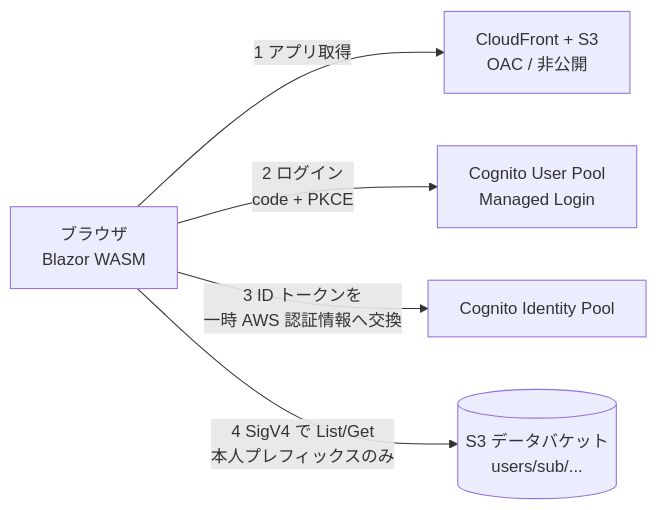
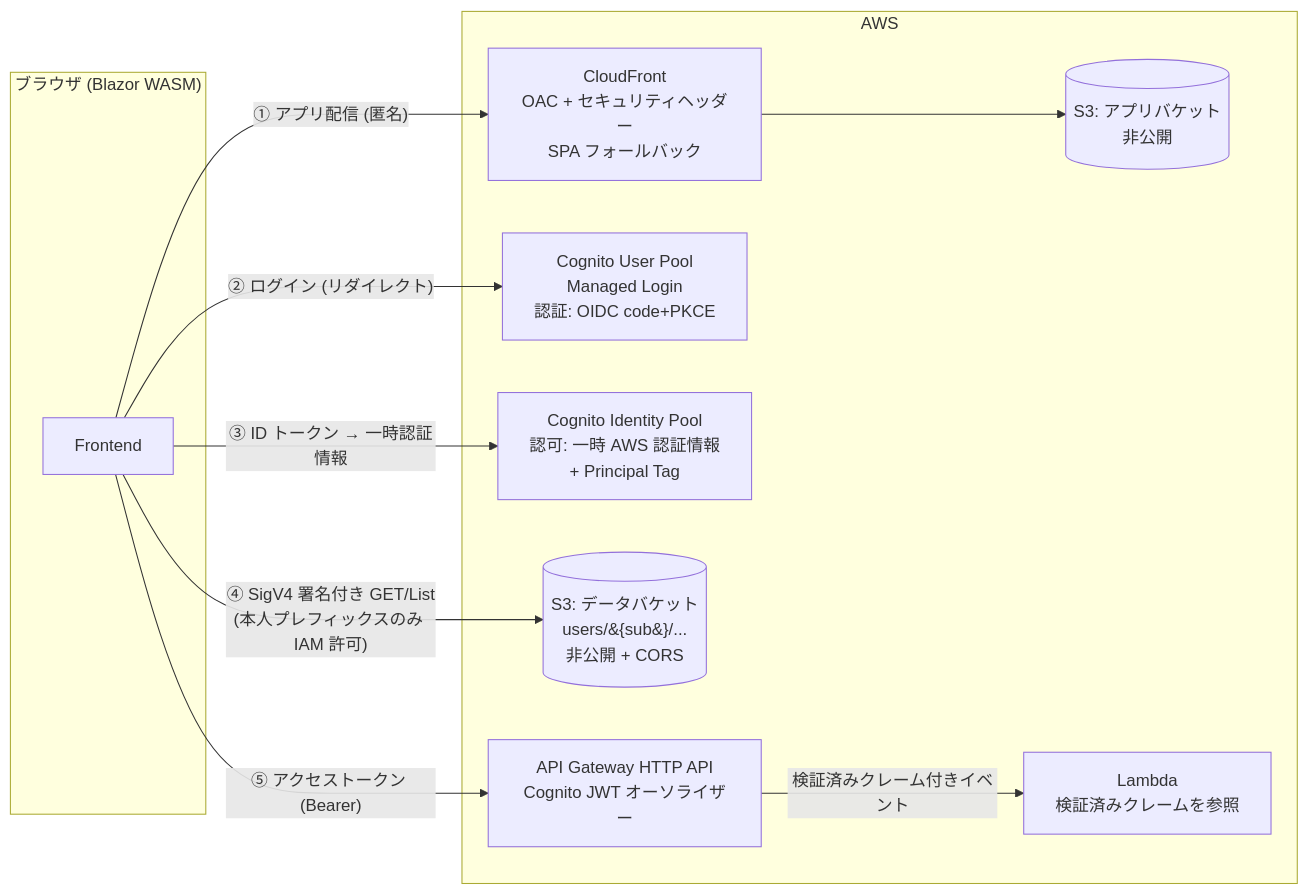
Before and after one commit to usausa/template-aws-s3-wasm: the first of 2 diagrams in README.md, drawn with Mermaid. The commit also changed other lines of this file and 4 other files, not shown here.

````diff
--- a/README.md
+++ b/README.md
@@ -10,7 +40,24 @@
 ```mermaid
 graph LR
-    B[ブラウザ<br/>Blazor WASM] -->|1 アプリ取得| CF[CloudFront + S3<br/>OAC / 非公開]
-    B -->|2 ログイン<br/>code + PKCE| UP[Cognito User Pool<br/>Managed Login]
-    B -->|3 ID トークンを<br/>一時 AWS 認証情報へ交換| IP[Cognito Identity Pool]
-    B -->|4 SigV4 で List/Get<br/>本人プレフィックスのみ| S3[(S3 データバケット<br/>users/sub/...)]
+    subgraph Browser["ブラウザ (Blazor WASM)"]
+        App[Frontend]
+    end
+
+    subgraph AWS
+        CF[CloudFront<br/>OAC + セキュリティヘッダー<br/>SPA フォールバック]
+        AppBucket[(S3: アプリバケット<br/>非公開)]
+        UP[Cognito User Pool<br/>Managed Login<br/>認証: OIDC code+PKCE]
+        IP[Cognito Identity Pool<br/>認可: 一時 AWS 認証情報<br/>+ Principal Tag]
+        DataBucket[(S3: データバケット<br/>users/&#123;sub&#125;/...<br/>非公開 + CORS)]
+        APIGW[API Gateway HTTP API<br/>Cognito JWT オーソライザー]
+        Fn[Lambda<br/>検証済みクレームを参照]
+    end
+
+    App -- "① アプリ配信 (匿名)" --> CF
+    CF --> AppBucket
+    App -- "② ログイン (リダイレクト)" --> UP
+    App -- "③ ID トークン → 一時認証情報" --> IP
+    App -- "④ SigV4 署名付き GET/List<br/>(本人プレフィックスのみ IAM 許可)" --> DataBucket
+    App -- "⑤ アクセストークン (Bearer)" --> APIGW
+    APIGW -- "検証済みクレーム付きイベント" --> Fn
 ```
````
